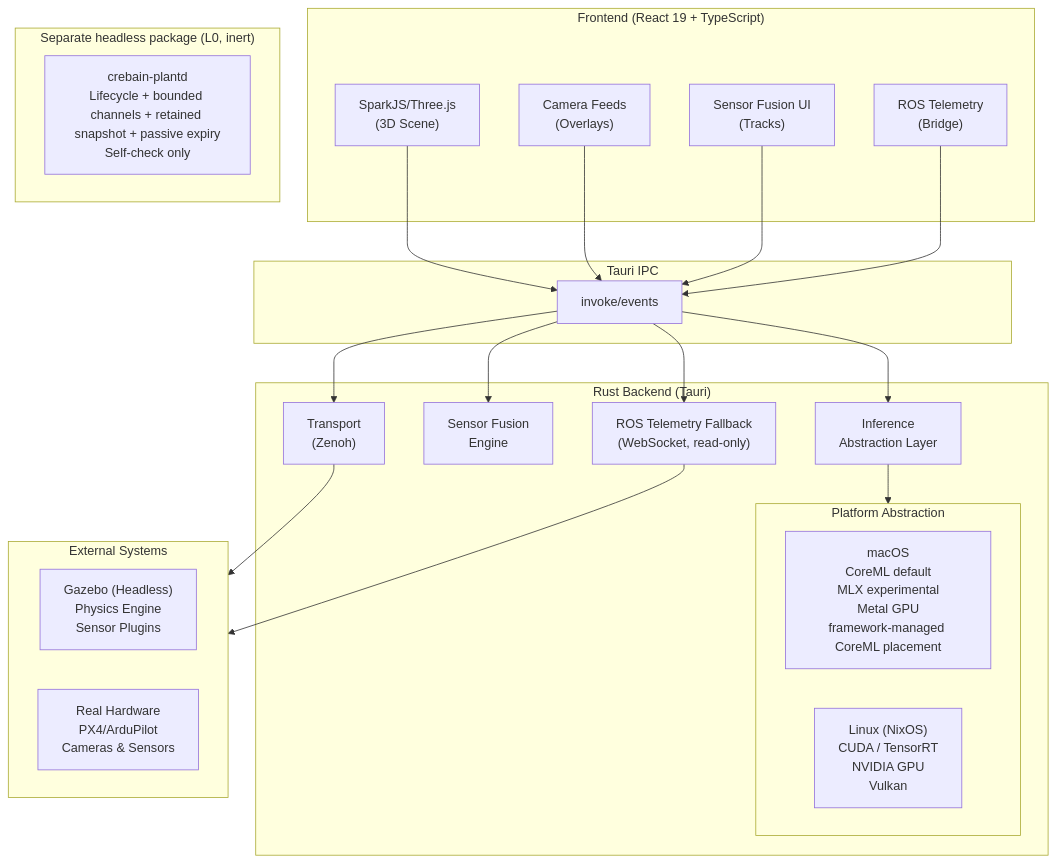
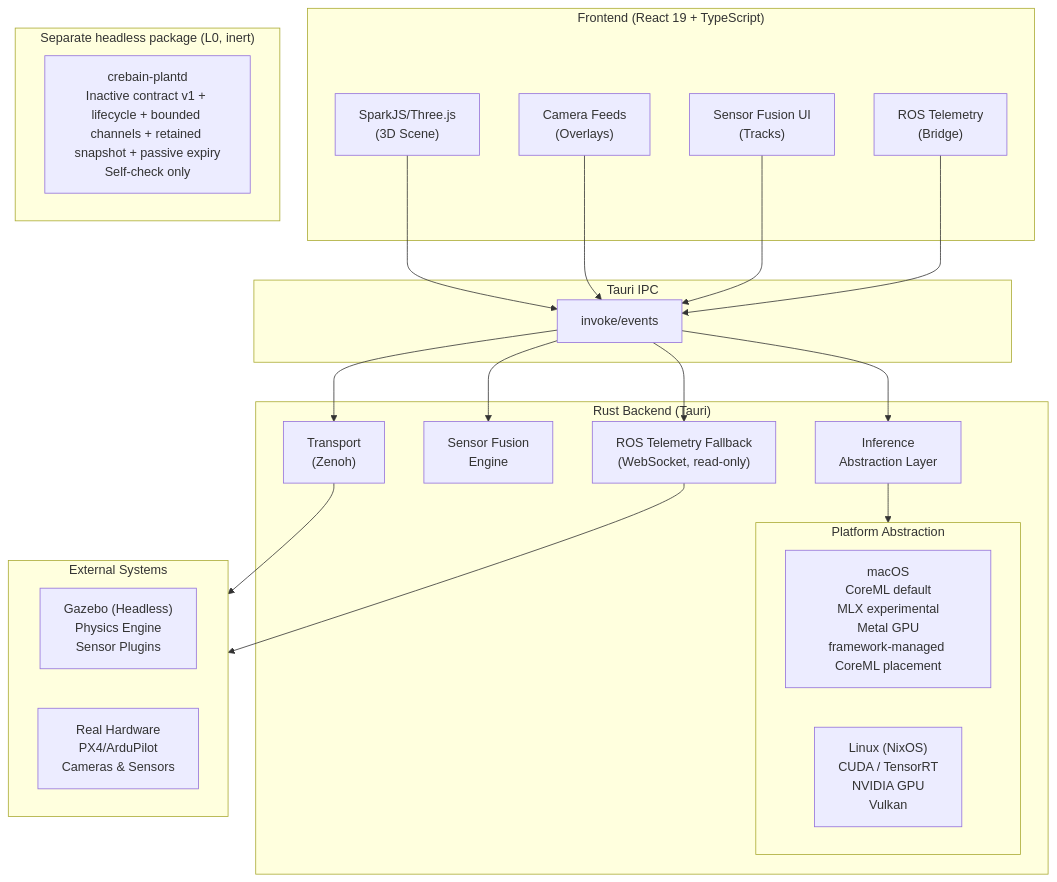
One commit to sepahead/crebain changed the first of 3 diagrams in docs/ARCHITECTURE.md. Above: the diagram before and after it, drawn with Mermaid. The commit also changed other lines of this file and 18 other files, not shown here.

Commit message:
Add inactive plant contract v1

````diff
--- a/docs/ARCHITECTURE.md
+++ b/docs/ARCHITECTURE.md
@@ -10,49 +10,49 @@
 ```mermaid
 graph TB
     subgraph Frontend["Frontend (React 19 + TypeScript)"]
         ThreeJS["SparkJS/Three.js<br/>(3D Scene)"]
         CameraFeeds["Camera Feeds<br/>(Overlays)"]
         FusionUI["Sensor Fusion UI<br/>(Tracks)"]
         ROSControls["ROS Telemetry<br/>(Bridge)"]
     end
 
     subgraph IPC["Tauri IPC"]
         Invoke["invoke/events"]
     end
 
     subgraph Backend["Rust Backend (Tauri)"]
         Inference["Inference<br/>Abstraction Layer"]
         SensorFusion["Sensor Fusion<br/>Engine"]
         Zenoh["Transport<br/>(Zenoh)"]
         ROSBridge["ROS Telemetry Fallback<br/>(WebSocket, read-only)"]
 
         subgraph Platform["Platform Abstraction"]
             macOS["macOS<br/>CoreML default<br/>MLX experimental<br/>Metal GPU<br/>framework-managed CoreML placement"]
             Linux["Linux (NixOS)<br/>CUDA / TensorRT<br/>NVIDIA GPU<br/>Vulkan"]
         end
     end
 
     subgraph PlantFoundation["Separate headless package (L0, inert)"]
-        Plantd["crebain-plantd<br/>Lifecycle + bounded channels + retained snapshot + passive expiry<br/>Self-check only"]
+        Plantd["crebain-plantd<br/>Inactive contract v1 + lifecycle + bounded channels + retained snapshot + passive expiry<br/>Self-check only"]
     end
 
     subgraph External["External Systems"]
         Gazebo["Gazebo (Headless)<br/>Physics Engine<br/>Sensor Plugins"]
         Hardware["Real Hardware<br/>PX4/ArduPilot<br/>Cameras & Sensors"]
     end
 
     ThreeJS --> Invoke
     CameraFeeds --> Invoke
     FusionUI --> Invoke
     ROSControls --> Invoke
 
     Invoke --> Inference
     Invoke --> SensorFusion
     Invoke --> Zenoh
     Invoke --> ROSBridge
 
     Inference --> Platform
 
     Zenoh --> External
     ROSBridge --> External
 ```
````
